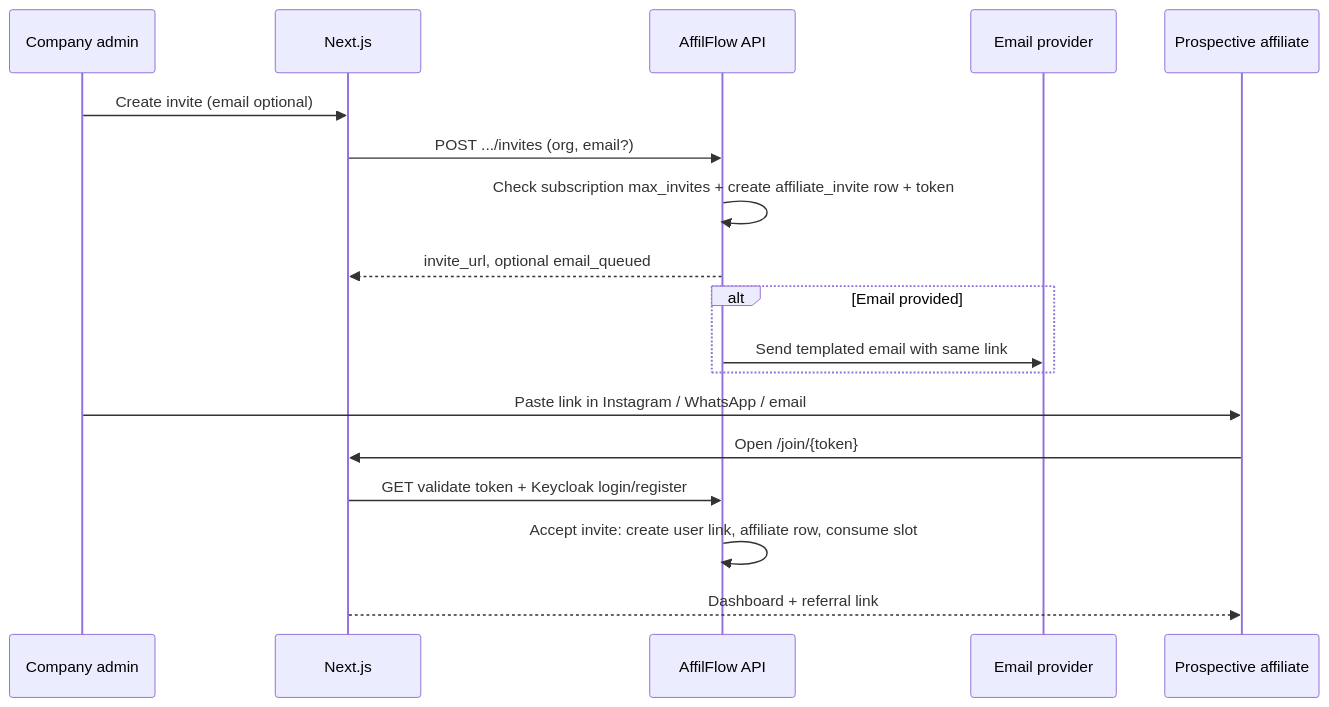
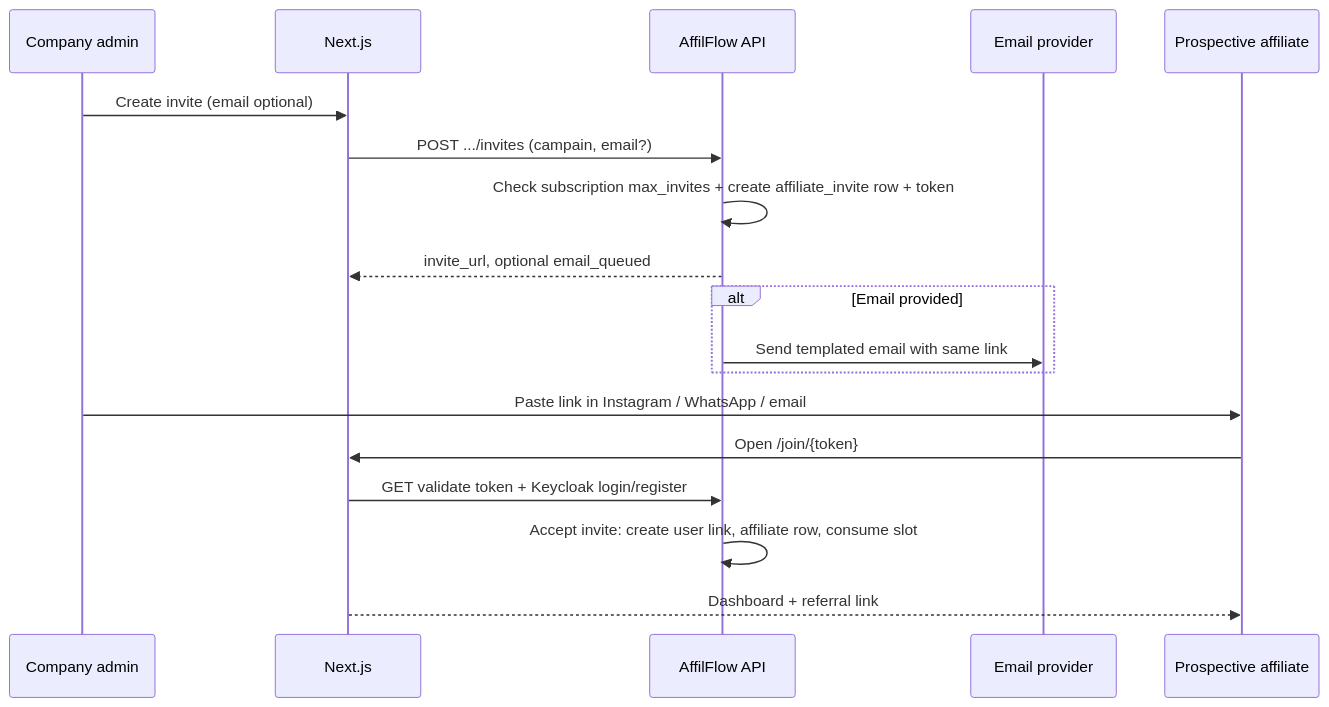
One commit to stelgkio/AffilFlow changed the first of 2 diagrams in docs/13-affiliate-onboarding-and-discovery.md. Above: the diagram before and after it, drawn with Mermaid. The commit also changed other lines of this file and 58 other files, not shown here.

````diff
--- a/docs/13-affiliate-onboarding-and-discovery.md
+++ b/docs/13-affiliate-onboarding-and-discovery.md
@@ -18,21 +18,21 @@
 ```mermaid
 sequenceDiagram
   participant Merch as Company admin
   participant Web as Next.js
   participant API as AffilFlow API
   participant Mail as Email provider
   participant Aff as Prospective affiliate
 
   Merch->>Web: Create invite (email optional)
-  Web->>API: POST .../invites (org, email?)
+  Web->>API: POST .../invites (campain, email?)
   API->>API: Check subscription max_invites + create affiliate_invite row + token
   API-->>Web: invite_url, optional email_queued
   alt Email provided
     API->>Mail: Send templated email with same link
   end
   Merch->>Aff: Paste link in Instagram / WhatsApp / email
   Aff->>Web: Open /join/{token}
   Web->>API: GET validate token + Keycloak login/register
   API->>API: Accept invite: create user link, affiliate row, consume slot
   Web-->>Aff: Dashboard + referral link
 ```
````
